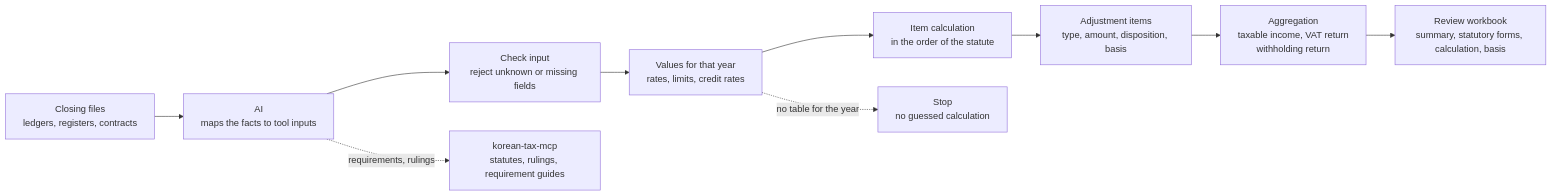
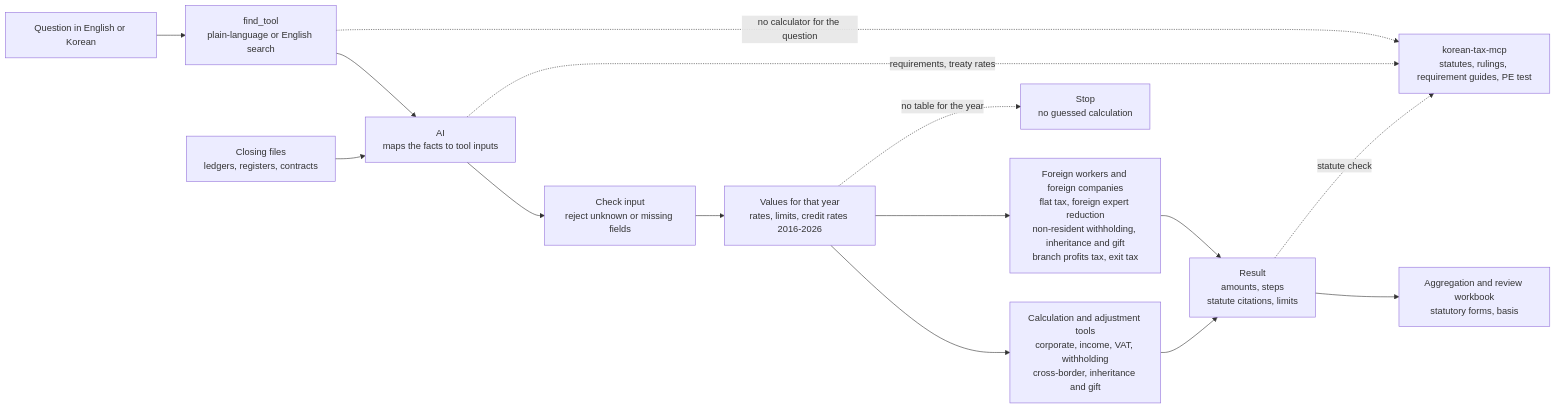
One commit to UpstageAI/korean-tax-calc-mcp changed the first of 3 diagrams in README-EN.md. Above: the diagram before and after it, drawn with Mermaid. The commit also changed other lines of this file and 7 other files, not shown here.

First line of the commit message:
docs: 0.53.1 — README·다이어그램 정리, PyPI 설명 도구 수 정정, project_urls

````diff
--- a/README-EN.md
+++ b/README-EN.md
@@ -17,12 +36,17 @@
 ```mermaid
 flowchart LR
-  D["Closing files<br/>ledgers, registers, contracts"] --> M["AI<br/>maps the facts to tool inputs"]
+  Q["Question in English or Korean"] --> F["find_tool<br/>plain-language or English search"]
+  D["Closing files<br/>ledgers, registers, contracts"] --> M
+  F --> M["AI<br/>maps the facts to tool inputs"]
   M --> V["Check input<br/>reject unknown or missing fields"]
-  V --> T["Values for that year<br/>rates, limits, credit rates"]
-  T --> E["Item calculation<br/>in the order of the statute"]
-  E --> A["Adjustment items<br/>type, amount, disposition, basis"]
-  A --> S["Aggregation<br/>taxable income, VAT return<br/>withholding return"]
-  S --> X["Review workbook<br/>summary, statutory forms, calculation, basis"]
+  V --> T["Values for that year<br/>rates, limits, credit rates 2016-2026"]
+  T --> E["Calculation and adjustment tools<br/>corporate, income, VAT, withholding<br/>cross-border, inheritance and gift"]
+  T --> P["Foreign workers and foreign companies<br/>flat tax, foreign expert reduction<br/>non-resident withholding, inheritance and gift<br/>branch profits tax, exit tax"]
+  E --> R["Result<br/>amounts, steps<br/>statute citations, limits"]
+  P --> R
+  R --> X["Aggregation and review workbook<br/>statutory forms, basis"]
   T -.->|no table for the year| N["Stop<br/>no guessed calculation"]
-  M -.->|requirements, rulings| K["korean-tax-mcp<br/>statutes, rulings, requirement guides"]
+  M -.->|requirements, treaty rates| K["korean-tax-mcp<br/>statutes, rulings, requirement guides, PE test"]
+  R -.->|statute check| K
+  F -.->|no calculator for the question| K
 ```
````
